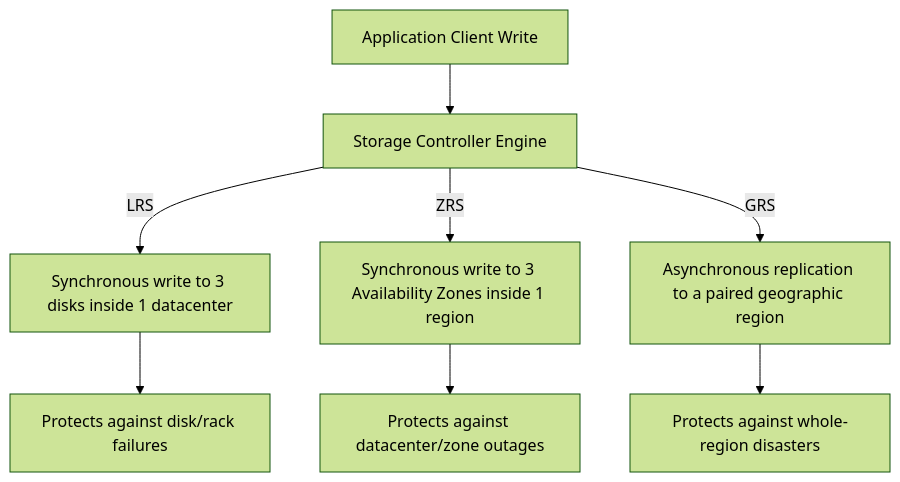
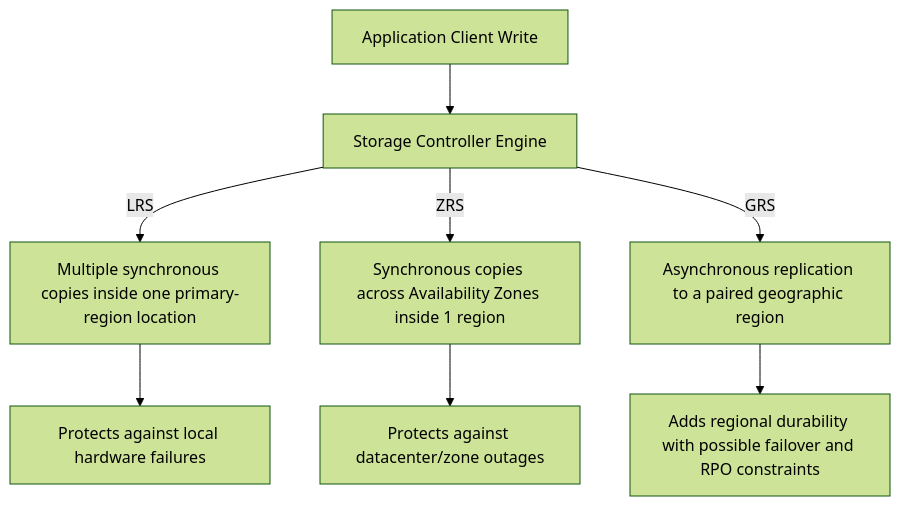
Before and after one commit to senlinyy/dev-roadmaps: the second of 8 diagrams in cloud-providers/azure/cost-resilience/recovery-planning.md, drawn with Mermaid (forest theme). The commit also changed other lines of this file and 530 other files, not shown here.

````diff
--- a/cloud-providers/azure/cost-resilience/recovery-planning.md
+++ b/cloud-providers/azure/cost-resilience/recovery-planning.md
@@ -83,12 +87,12 @@
 ```mermaid
 flowchart TD
     Write["Application Client Write"] --> DiskController["Storage Controller Engine"]
-    
-    DiskController -->|"LRS"| SingleLAW["Synchronous write to 3 disks inside 1 datacenter"]
-    DiskController -->|"ZRS"| ZoneLAW["Synchronous write to 3 Availability Zones inside 1 region"]
+
+    DiskController -->|"LRS"| SingleLAW["Multiple synchronous copies inside one primary-region location"]
+    DiskController -->|"ZRS"| ZoneLAW["Synchronous copies across Availability Zones inside 1 region"]
     DiskController -->|"GRS"| GeoLAW["Asynchronous replication to a paired geographic region"]
-    
-    SingleLAW --> LRSBound["Protects against disk/rack failures"]
+
+    SingleLAW --> LRSBound["Protects against local hardware failures"]
     ZoneLAW --> ZRSBound["Protects against datacenter/zone outages"]
-    GeoLAW --> GRSBound["Protects against whole-region disasters"]
+    GeoLAW --> GRSBound["Adds regional durability with possible failover and RPO constraints"]
 ```
````
